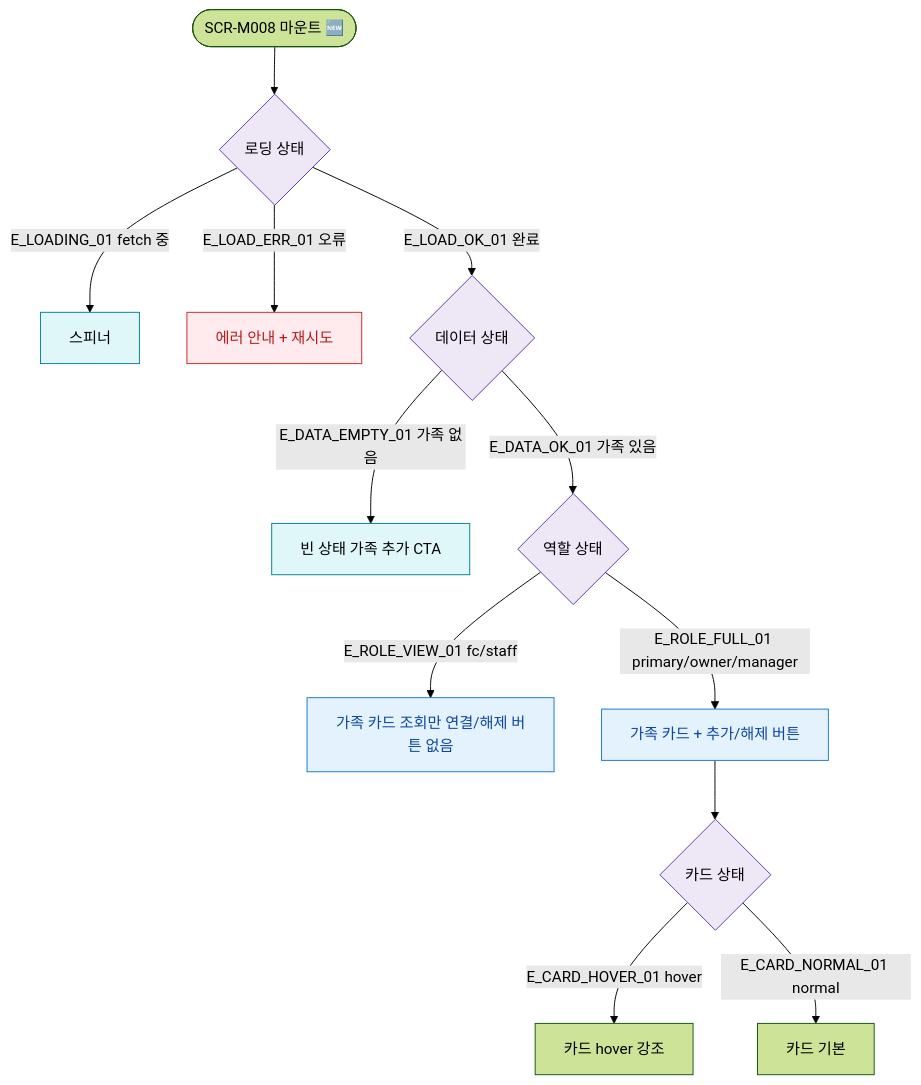
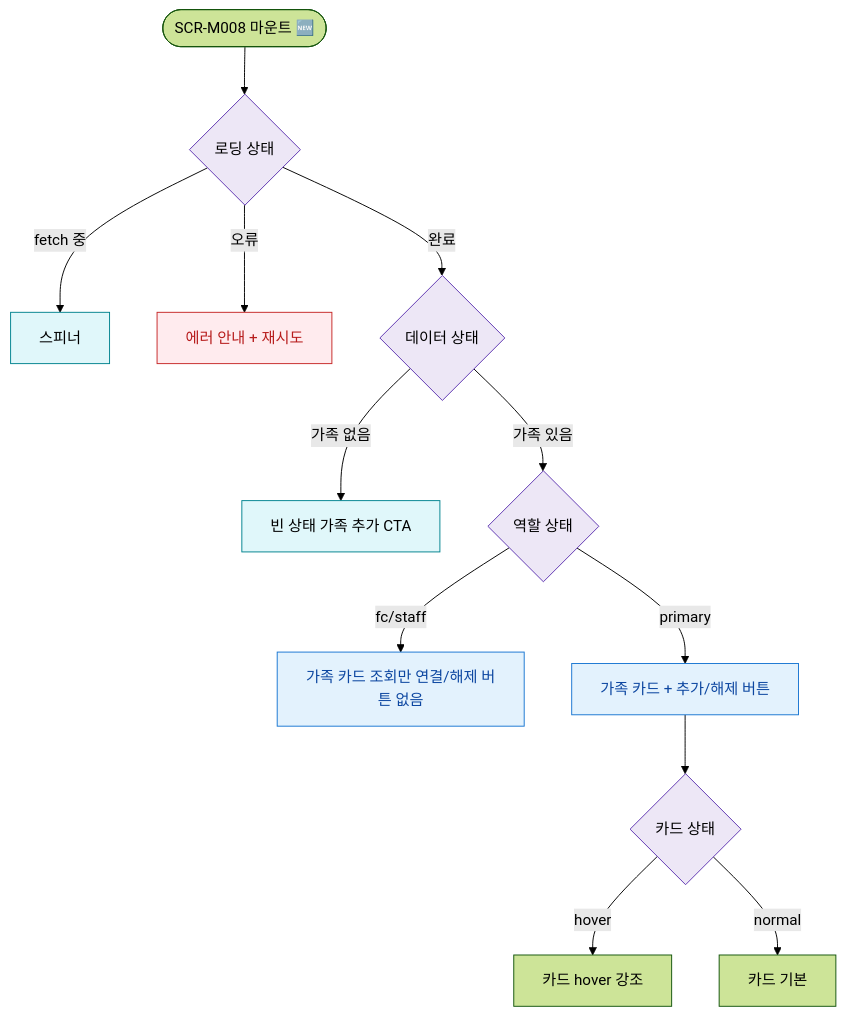
The diagram in docs/다이어그램/D02_회원관리/SCR-M008_가족회원/F6_상태별화면.md (dev-spogym/admin-pando), drawn with Mermaid (forest theme) before and after one commit. The commit also changed other lines of this file and 1660 other files, not shown here.

First line of the commit message:
다이어그램: 기획자/클라이언트 납품본으로 정리

````diff
--- a/docs/다이어그램/D02_회원관리/SCR-M008_가족회원/F6_상태별화면.md
+++ b/docs/다이어그램/D02_회원관리/SCR-M008_가족회원/F6_상태별화면.md
@@ -22,31 +20,31 @@
 ```mermaid
 flowchart TD
   MOUNT([SCR-M008 마운트 🆕])
 
   MOUNT --> LOAD_STATE{로딩 상태}
 
-  LOAD_STATE -->|E_LOADING_01 fetch 중| UI_LOADING[스피너]
-  LOAD_STATE -->|E_LOAD_ERR_01 오류| UI_ERR[에러 안내 + 재시도]
-  LOAD_STATE -->|E_LOAD_OK_01 완료| DATA_STATE{데이터 상태}
+  LOAD_STATE -->|fetch 중|UI_LOADING[스피너]
+  LOAD_STATE -->|오류|UI_ERR[에러 안내 + 재시도]
+  LOAD_STATE -->|완료|DATA_STATE{데이터 상태}
 
-  DATA_STATE -->|E_DATA_EMPTY_01 가족 없음| UI_EMPTY[빈 상태 가족 추가 CTA]
-  DATA_STATE -->|E_DATA_OK_01 가족 있음| ROLE_STATE{역할 상태}
+  DATA_STATE -->|가족 없음|UI_EMPTY[빈 상태 가족 추가 CTA]
+  DATA_STATE -->|가족 있음|ROLE_STATE{역할 상태}
 
-  ROLE_STATE -->|E_ROLE_VIEW_01 fc/staff| UI_VIEW_ONLY[가족 카드 조회만 연결/해제 버튼 없음]
-  ROLE_STATE -->|E_ROLE_FULL_01 primary/owner/manager| UI_FULL[가족 카드 + 추가/해제 버튼]
+  ROLE_STATE -->|fc/staff|UI_VIEW_ONLY[가족 카드 조회만 연결/해제 버튼 없음]
+  ROLE_STATE -->|primary|UI_FULL[가족 카드 + 추가/해제 버튼]
 
   UI_FULL --> CARD_STATE{카드 상태}
-  CARD_STATE -->|E_CARD_HOVER_01 hover| UI_CARD_HOVER[카드 hover 강조]
-  CARD_STATE -->|E_CARD_NORMAL_01 normal| UI_CARD_NORMAL[카드 기본]
+  CARD_STATE -->|hover|UI_CARD_HOVER[카드 hover 강조]
+  CARD_STATE -->|normal|UI_CARD_NORMAL[카드 기본]
 
-  classDef screen     fill:#E3F2FD,stroke:#1976D2,color:#0D47A1
+  classDef screen fill:#E3F2FD,stroke:#1976D2,color:#0D47A1
   classDef newFeature fill:#F3E5F5,stroke:#9C27B0,stroke-dasharray:5 5
-  classDef error      fill:#FFEBEE,stroke:#C62828,color:#B71C1C
-  classDef system     fill:#EDE7F6,stroke:#5E35B2
-  classDef info       fill:#E0F7FA,stroke:#00838F
+  classDef error fill:#FFEBEE,stroke:#C62828,color:#B71C1C
+  classDef system fill:#EDE7F6,stroke:#5E35B2
+  classDef info fill:#E0F7FA,stroke:#00838F
 
   class UI_FULL,UI_VIEW_ONLY screen
   class LOAD_STATE,DATA_STATE,ROLE_STATE,CARD_STATE system
   class UI_ERR error
   class UI_LOADING,UI_EMPTY info
 ```
````
